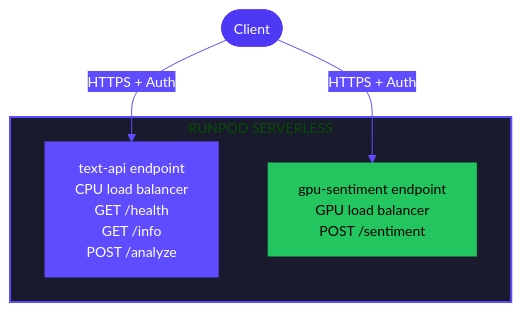
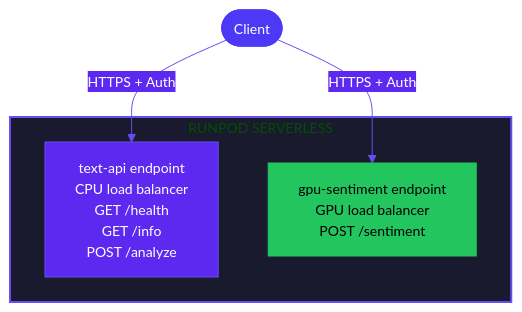
Before and after one commit to runpod/docs: the diagram in tutorials/flash/build-rest-api-with-load-balancer.mdx, drawn with Mermaid. The commit also changed 9 other files, not shown here.

First line of the commit message:
fix: use canon purples in Mermaid diagrams

````diff
--- a/tutorials/flash/build-rest-api-with-load-balancer.mdx
+++ b/tutorials/flash/build-rest-api-with-load-balancer.mdx
@@ -546,19 +546,19 @@
 ```mermaid
-%%{init: {'theme':'base', 'themeVariables': { 'primaryColor':'#9289FE','primaryTextColor':'#fff','primaryBorderColor':'#9289FE','lineColor':'#5F4CFE','secondaryColor':'#AE6DFF','tertiaryColor':'#FCB1FF','edgeLabelBackground':'#5F4CFE', 'fontSize':'14px','fontFamily':'font-inter'}}}%%
+%%{init: {'theme':'base', 'themeVariables': { 'primaryColor':'#9289FE','primaryTextColor':'#fff','primaryBorderColor':'#9289FE','lineColor':'#684DF3','secondaryColor':'#AE6DFF','tertiaryColor':'#FCB1FF','edgeLabelBackground':'#5D29F0', 'fontSize':'14px','fontFamily':'font-inter'}}}%%
 
 flowchart TB
     Client([Client])
 
     subgraph Runpod [RUNPOD SERVERLESS]
         CPU[text-api endpoint<br/>CPU load balancer<br/>GET /health<br/>GET /info<br/>POST /analyze]
         GPU[gpu-sentiment endpoint<br/>GPU load balancer<br/>POST /sentiment]
     end
 
     Client -->|HTTPS + Auth| CPU
     Client -->|HTTPS + Auth| GPU
 
-    style Runpod fill:#1a1a2e,stroke:#5F4CFE,stroke-width:2px
+    style Runpod fill:#1a1a2e,stroke:#684DF3,stroke-width:2px
     style Client fill:#4D38F5,stroke:#4D38F5,color:#fff
-    style CPU fill:#5F4CFE,stroke:#5F4CFE,color:#fff
+    style CPU fill:#5D29F0,stroke:#684DF3,color:#fff
     style GPU fill:#22C55E,stroke:#22C55E,color:#000
 ```
````
